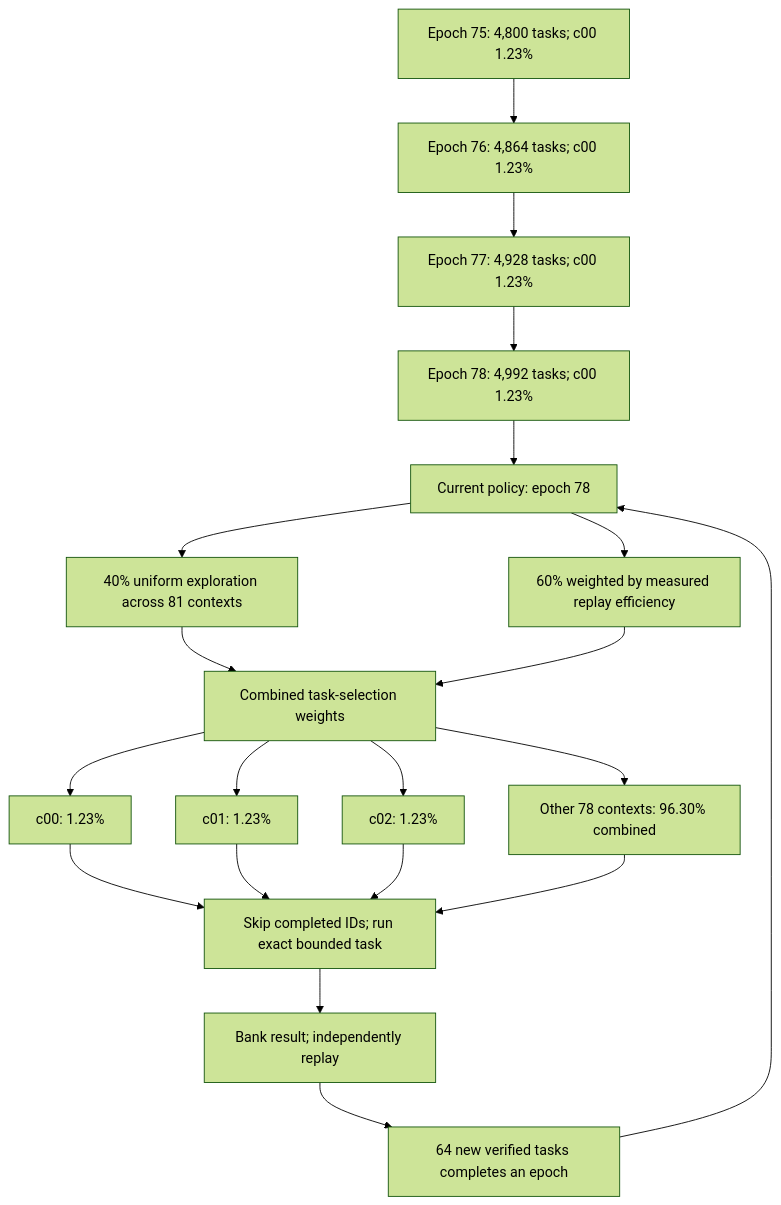
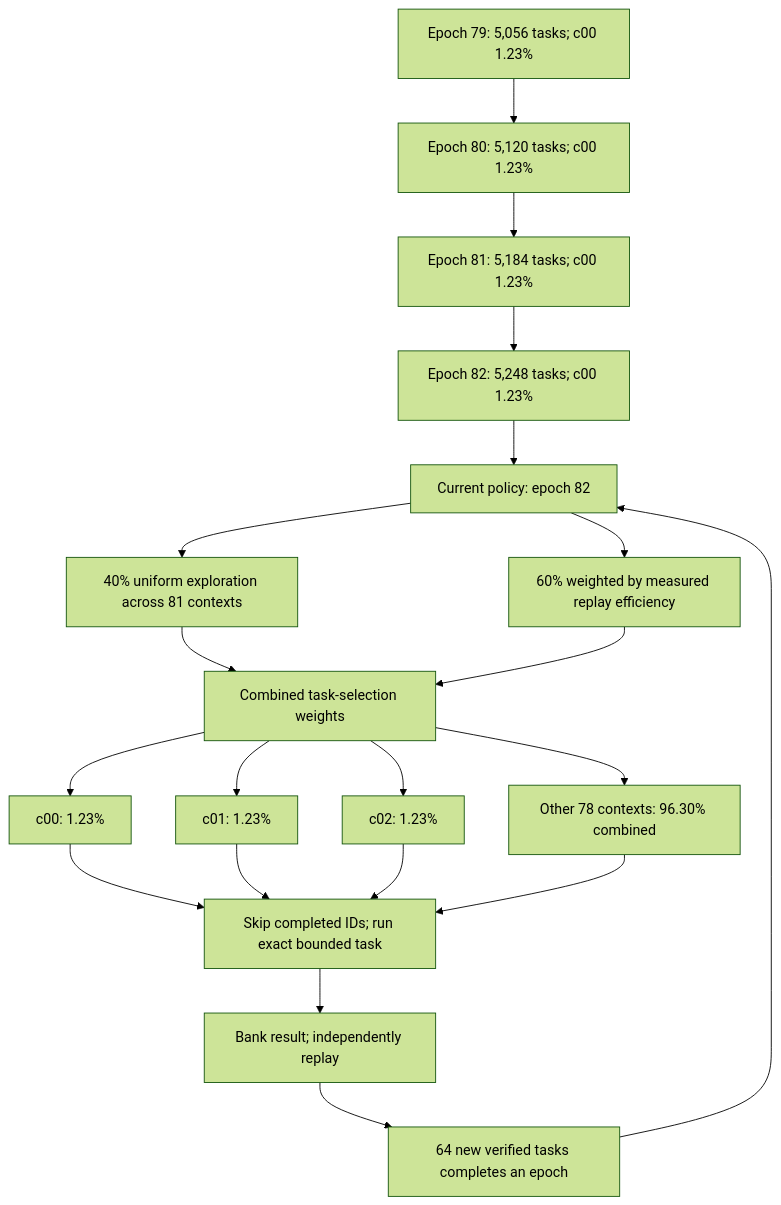
The diagram in README.md (Kuberwastaken/math-gambling), drawn with Mermaid (forest theme) before and after one commit. The commit also changed other lines of this file and 592 other files, not shown here.

````diff
--- a/README.md
+++ b/README.md
@@ -48,27 +48,27 @@
 ```mermaid
 flowchart TD
-    H0["Epoch 75: 4,800 tasks; c00 1.23%"]
-    H1["Epoch 76: 4,864 tasks; c00 1.23%"]
+    H0["Epoch 79: 5,056 tasks; c00 1.23%"]
+    H1["Epoch 80: 5,120 tasks; c00 1.23%"]
     H0 --> H1
-    H2["Epoch 77: 4,928 tasks; c00 1.23%"]
+    H2["Epoch 81: 5,184 tasks; c00 1.23%"]
     H1 --> H2
-    H3["Epoch 78: 4,992 tasks; c00 1.23%"]
+    H3["Epoch 82: 5,248 tasks; c00 1.23%"]
     H2 --> H3
-    Policy["Current policy: epoch 78"]
+    Policy["Current policy: epoch 82"]
     H3 --> Policy
     Policy --> Explore["40% uniform exploration across 81 contexts"]
     Policy --> Cost["60% weighted by measured replay efficiency"]
     Explore --> Mix["Combined task-selection weights"]
     Cost --> Mix
     Mix --> C0["c00: 1.23%"]
     Mix --> C1["c01: 1.23%"]
     Mix --> C2["c02: 1.23%"]
     Mix --> Rest["Other 78 contexts: 96.30% combined"]
     C0 --> Check["Skip completed IDs; run exact bounded task"]
     C1 --> Check
     C2 --> Check
     Rest --> Check
     Check --> Replay["Bank result; independently replay"]
     Replay --> Gate["64 new verified tasks completes an epoch"]
     Gate --> Policy
 ```
````
